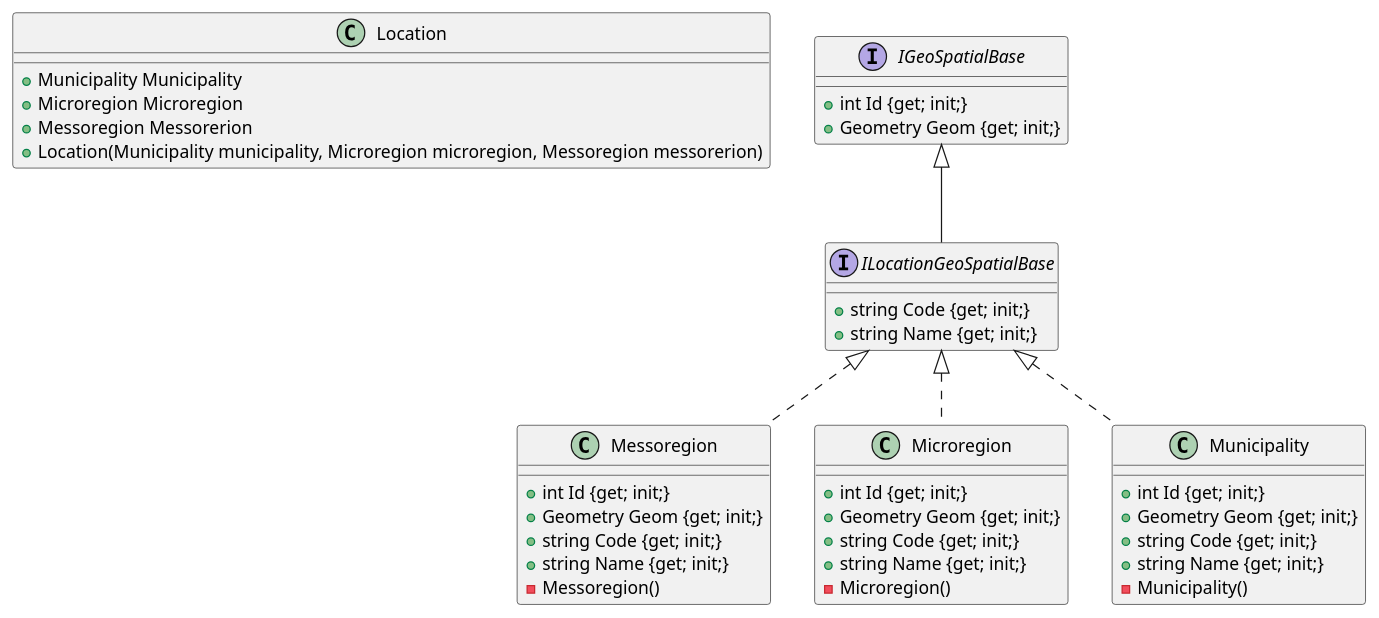
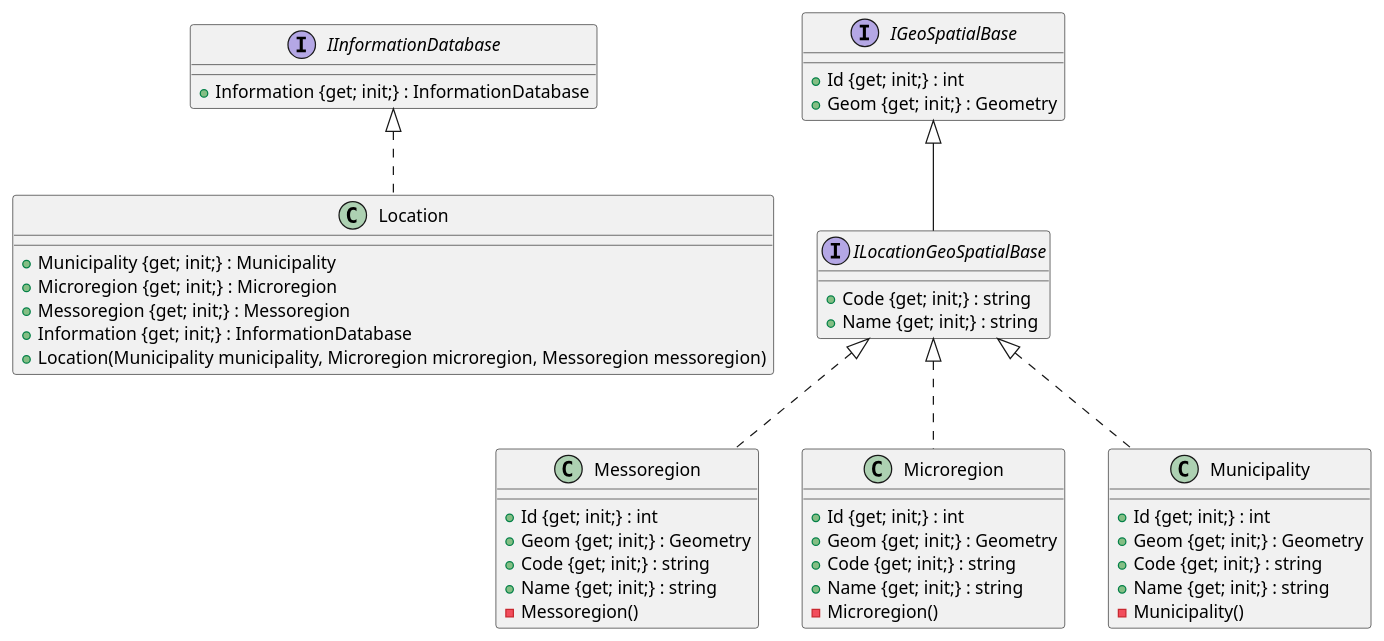
Before and after one commit to ruralgises/documentation: the diagram in class-diagram/location-diagram.plantuml, drawn with PlantUML.

```diff
--- a/class-diagram/location-diagram.plantuml
+++ b/class-diagram/location-diagram.plantuml
@@ -1,42 +1,49 @@
 @startuml
 
-class Location {
-    {method} +Municipality Municipality
-    {method} +Microregion Microregion
-    {method} +Messoregion Messorerion
-    {method} +Location(Municipality municipality, Microregion microregion, Messoregion messorerion)
+class Location implements IInformationDatabase{
+    {method} +Municipality {get; init;} : Municipality
+    {method} +Microregion {get; init;} : Microregion
+    {method} +Messoregion {get; init;} : Messoregion
+    {method} +Information {get; init;} : InformationDatabase
+    {method} +Location(Municipality municipality, Microregion microregion, Messoregion messoregion)
 }
+
+interface IInformationDatabase {
+    {method} +Information {get; init;} : InformationDatabase
+}
+
 interface IGeoSpatialBase {
-    {method} +int Id {get; init;}
-    {method} +Geometry Geom {get; init;}
+    {method} +Id {get; init;} : int
+    {method} +Geom {get; init;} : Geometry
 }
 
 interface ILocationGeoSpatialBase extends IGeoSpatialBase {
-    {method} +string Code {get; init;}
-    {method} +string Name {get; init;}
+    {method} +Code {get; init;} : string
+    {method} +Name {get; init;} : string
 }
 
-class Messoregion implements ILocationGeoSpatialBase{
-    {method} +int Id {get; init;}
-    {method} +Geometry Geom {get; init;}
-    {method} +string Code {get; init;}
-    {method} +string Name {get; init;}
+class Messoregion implements ILocationGeoSpatialBase {
+    {method} +Id {get; init;} : int
+    {method} +Geom {get; init;} : Geometry
+    {method} +Code {get; init;} : string
+    {method} +Name {get; init;} : string
     {method} -Messoregion()
 }
 
 class Microregion implements ILocationGeoSpatialBase {
-    {method} +int Id {get; init;}
-    {method} +Geometry Geom {get; init;}
-    {method} +string Code {get; init;}
-    {method} +string Name {get; init;}
+    {method} +Id {get; init;} : int
+    {method} +Geom {get; init;} : Geometry
+    {method} +Code {get; init;} : string
+    {method} +Name {get; init;} : string
     {method} -Microregion()
 }
 
 class Municipality implements ILocationGeoSpatialBase {
-    {method} +int Id {get; init;}
-    {method} +Geometry Geom {get; init;}
-    {method} +string Code {get; init;}
-    {method} +string Name {get; init;}
+    {method} +Id {get; init;} : int
+    {method} +Geom {get; init;} : Geometry
+    {method} +Code {get; init;} : string
+    {method} +Name {get; init;} : string
     {method} -Municipality()
 }
+
 @enduml
```
